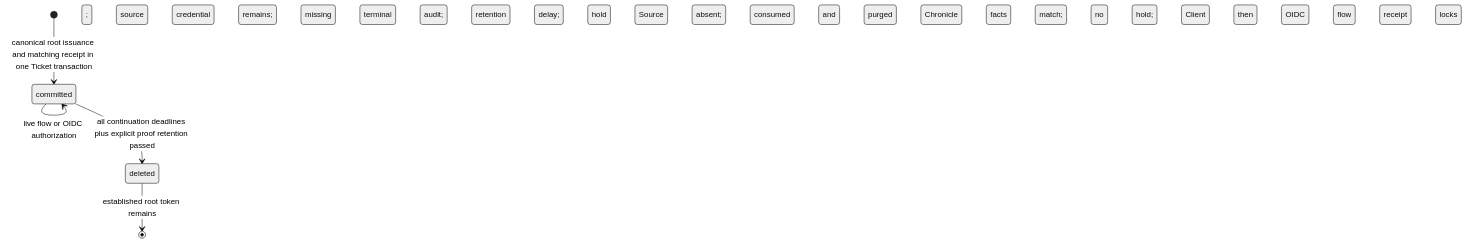
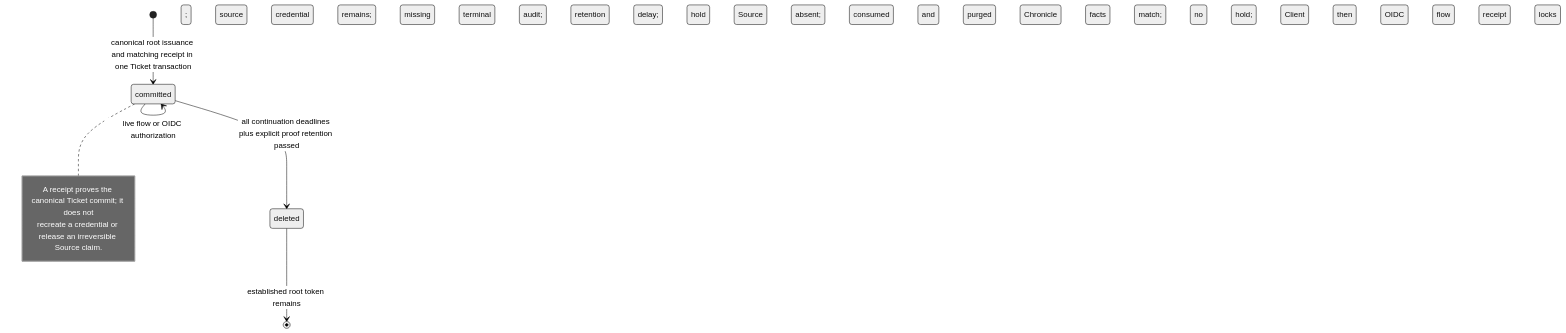
Before and after one commit to seahal/umaxica-apps-jit-global: the diagram in docs/mermaid/idp-client-secret-sign-in-receipt.mmd, drawn with Mermaid (neutral theme). The commit also changed 750 other files, not shown here.

```diff
--- a/docs/mermaid/idp-client-secret-sign-in-receipt.mmd
+++ b/docs/mermaid/idp-client-secret-sign-in-receipt.mmd
@@ -1,8 +1,13 @@
 stateDiagram-v2
     %% Lifecycle receipt continuations advance a bounded ID cursor within a fixed
     %% horizon. A held receipt does not block later eligible receipts; every batch
     %% rechecks the existing proof, authority, audit and hold guards.
     [*] --> committed: canonical root issuance and matching receipt in one Ticket transaction
     committed --> committed: live flow or OIDC authorization; source credential remains; missing terminal audit; retention delay; hold
     committed --> deleted: all continuation deadlines plus explicit proof retention passed; Source credential absent; consumed and purged Chronicle facts match; no hold; Source Client then OIDC then flow then receipt locks
     deleted --> [*]: established root token remains
+
+    note right of committed
+        A receipt proves the canonical Ticket commit; it does not
+        recreate a credential or release an irreversible Source claim.
+    end note
```
